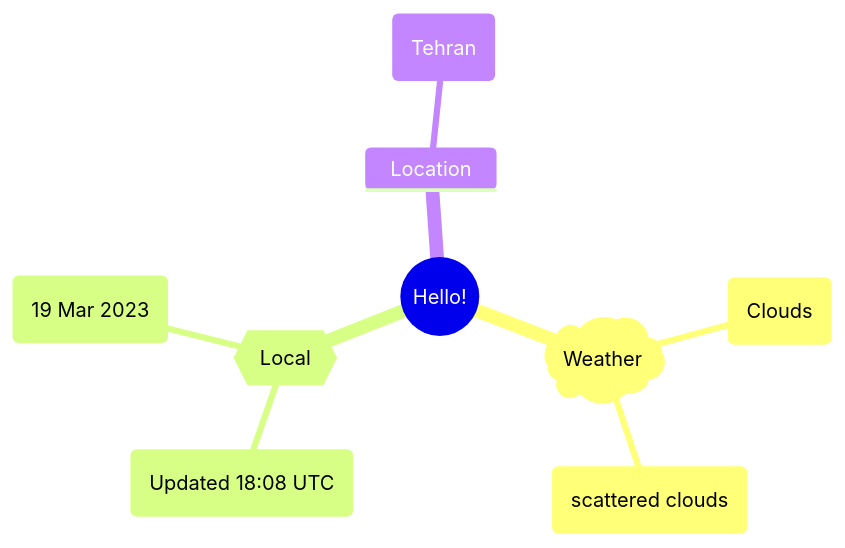
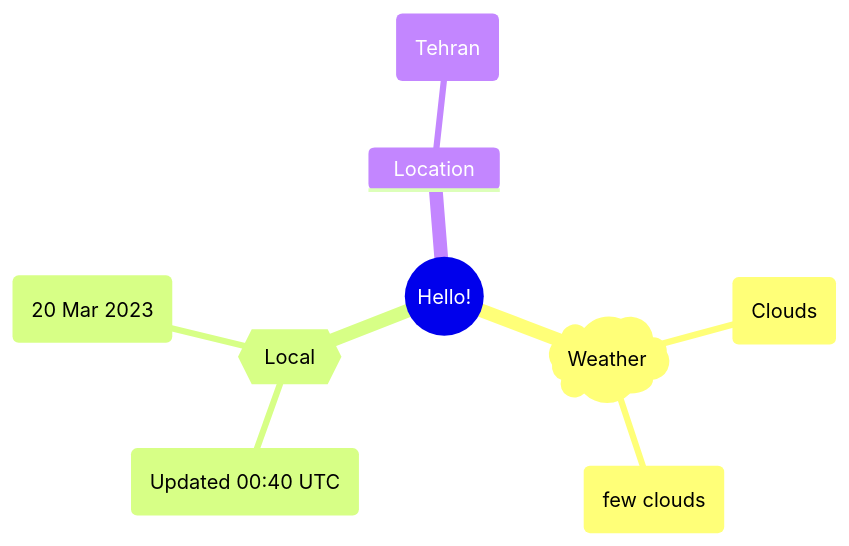
The first of 2 diagrams in README.md (Xosrov/Xosrov), drawn with Mermaid before and after one commit.

Commit message:
[bot] updated images

````diff
--- a/README.md
+++ b/README.md
@@ -3,12 +3,12 @@
 ```mermaid
 mindmap
   root((Hello!))
     )Weather(
         (Clouds)
-        (scattered clouds)
+        (few clouds)
     {{Local}}
-        (Updated 18:08 UTC)
-        (19 Mar 2023)
+        (Updated 00:40 UTC)
+        (20 Mar 2023)
     Location
         (Tehran)
 ```
````
